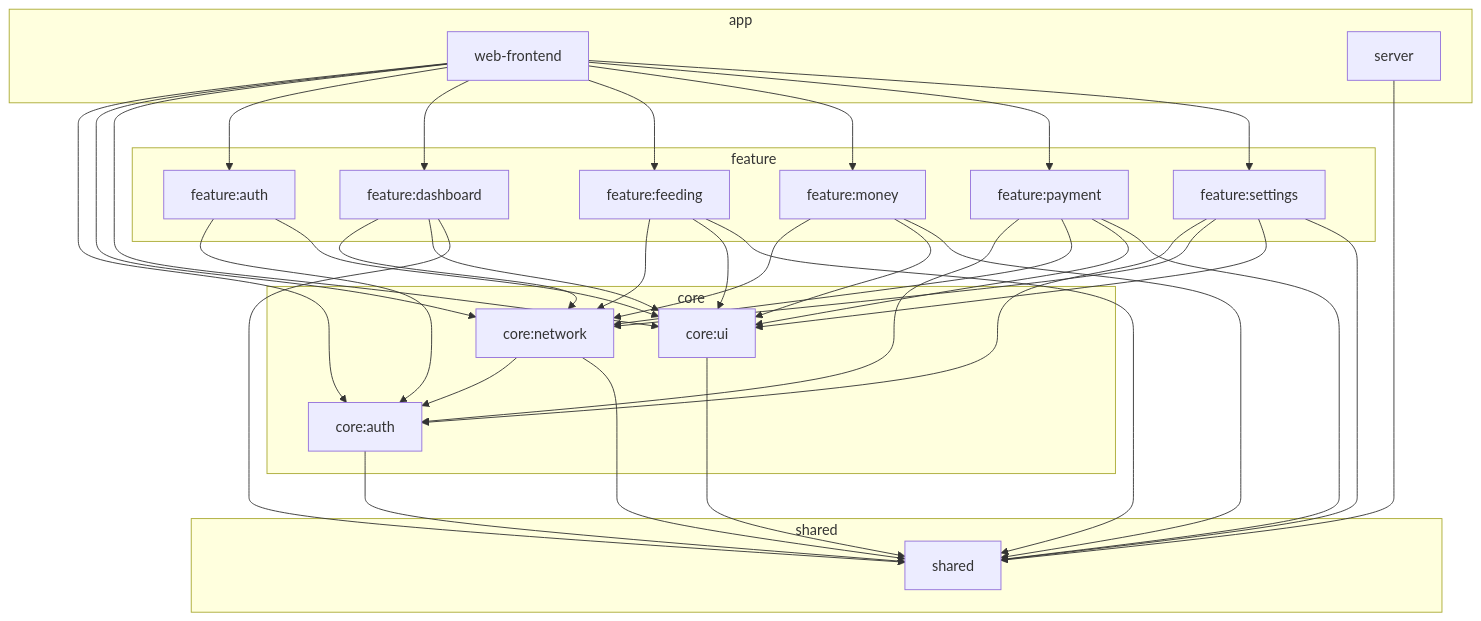
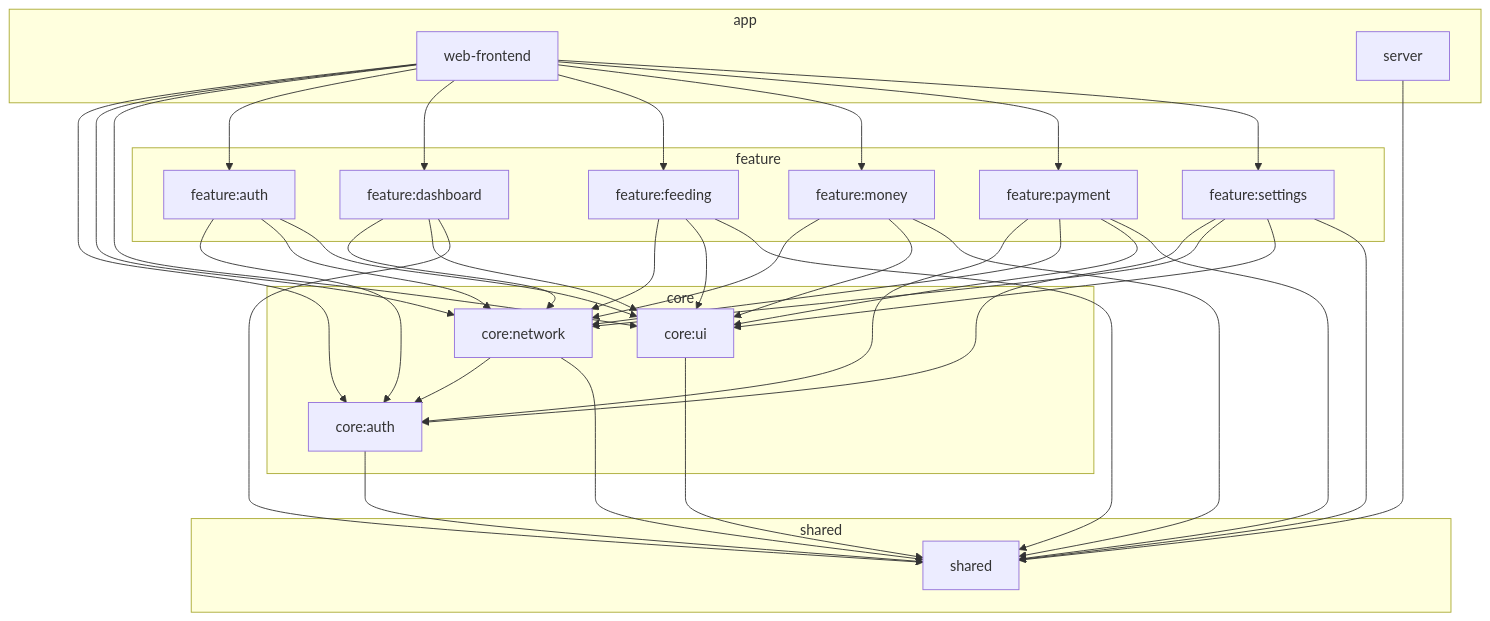
The diagram in README.md (ptkNktq/CrabShell), drawn with Mermaid before and after one commit. The commit also changed other lines of this file, not shown here.

````diff
--- a/README.md
+++ b/README.md
@@ -33,63 +35,64 @@
 ```mermaid
 graph TD
   subgraph shared
     S[shared]
   end
 
   subgraph core
     CA[core:auth]
     CN[core:network]
     CU[core:ui]
   end
 
   subgraph feature
     FA[feature:auth]
     FD[feature:dashboard]
     FF[feature:feeding]
     FM[feature:money]
     FP[feature:payment]
     FS[feature:settings]
   end
 
   subgraph app
     WF[web-frontend]
     SV[server]
   end
 
   CA --> S
   CN --> CA
   CN --> S
   CU --> S
 
   FA --> CA
+  FA --> CN
   FA --> CU
   FD --> CN
   FD --> CU
   FD --> S
   FF --> CN
   FF --> CU
   FF --> S
   FM --> CN
   FM --> CU
   FM --> S
   FP --> CA
   FP --> CN
   FP --> CU
   FP --> S
   FS --> CA
   FS --> CN
   FS --> CU
   FS --> S
 
   WF --> CA
   WF --> CN
   WF --> CU
   WF --> FA
   WF --> FD
   WF --> FF
   WF --> FM
   WF --> FP
   WF --> FS
 
   SV --> S
 ```
````
